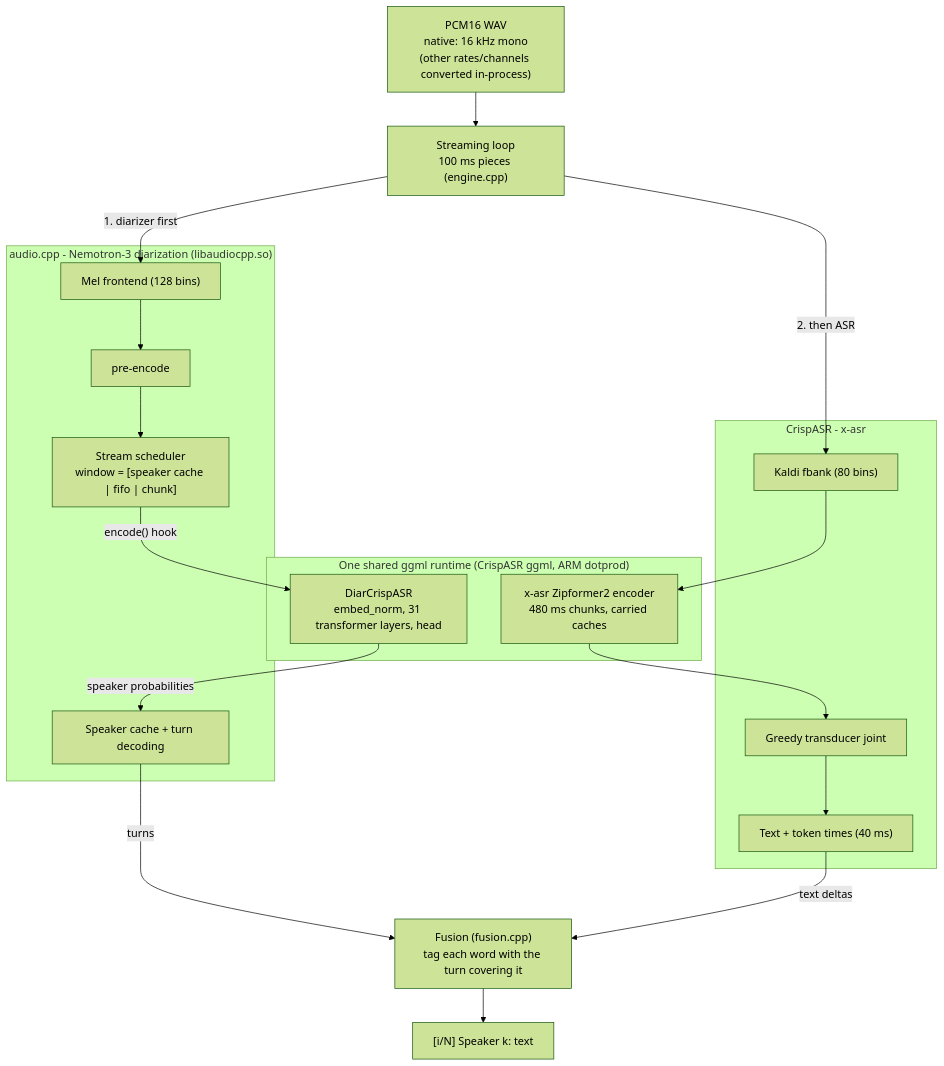
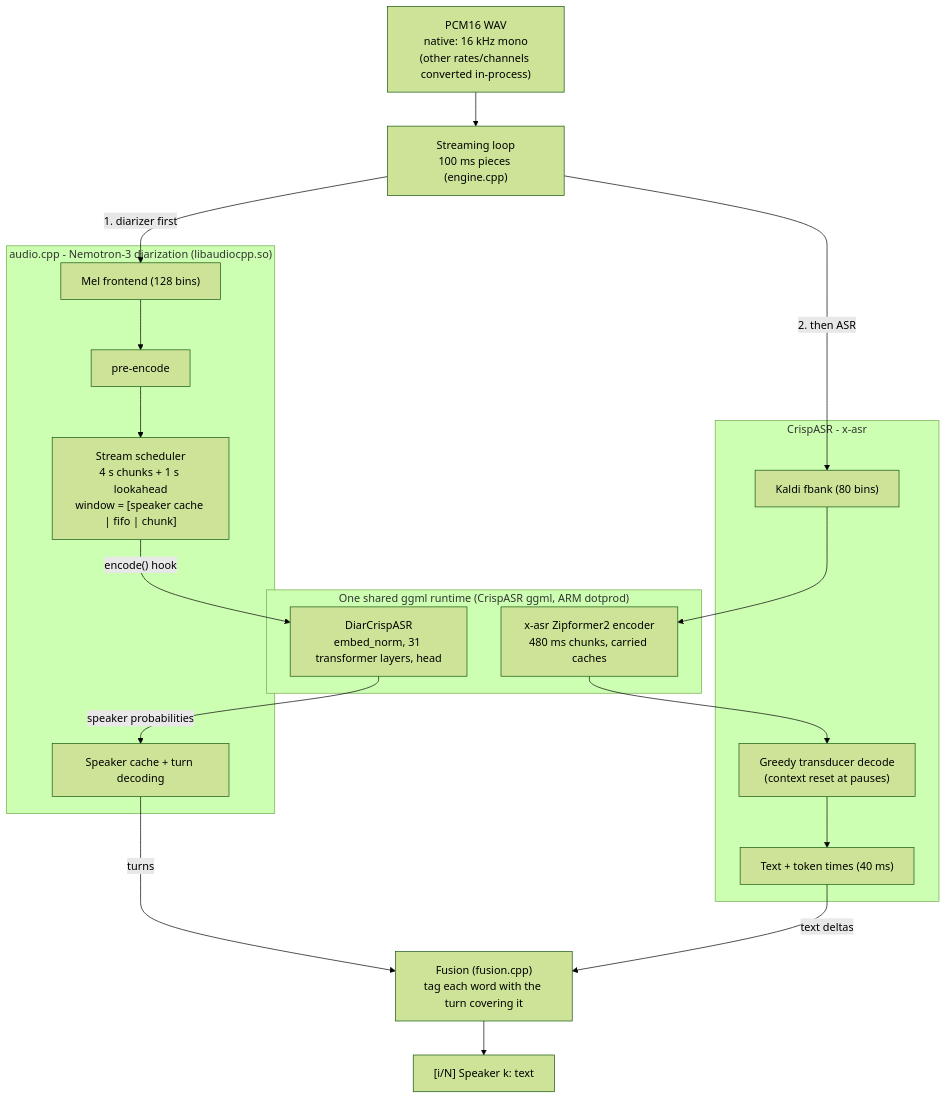
One commit to vieenrose/nemo-x-asr-diarizer.cpp changed the diagram in README.md. Above: the diagram before and after it, drawn with Mermaid (forest theme). The commit also changed other lines of this file, not shown here.

First line of the commit message:
README: refresh after the latency and ASR-reset changes

````diff
--- a/README.md
+++ b/README.md
@@ -14,29 +17,29 @@
 ```mermaid
 flowchart TB
     IN["PCM16 WAV<br/>native: 16 kHz mono<br/>(other rates/channels converted in-process)"] --> LOOP["Streaming loop<br/>100 ms pieces (engine.cpp)"]
 
     subgraph RT["One shared ggml runtime (CrispASR ggml, ARM dotprod)"]
         EXT["DiarCrispASR<br/>embed_norm, 31 transformer layers, head"]
         ENC["x-asr Zipformer2 encoder<br/>480 ms chunks, carried caches"]
     end
 
     LOOP -->|"1. diarizer first"| MEL
     LOOP -->|"2. then ASR"| FB
 
     subgraph AC["audio.cpp - Nemotron-3 diarization (libaudiocpp.so)"]
         MEL["Mel frontend (128 bins)"] --> PRE["pre-encode"]
-        PRE --> WIN["Stream scheduler<br/>window = [speaker cache | fifo | chunk]"]
+        PRE --> WIN["Stream scheduler<br/>4 s chunks + 1 s lookahead<br/>window = [speaker cache | fifo | chunk]"]
         WIN -->|"encode() hook"| EXT
         EXT -->|"speaker probabilities"| AOSC["Speaker cache + turn decoding"]
     end
 
     subgraph XA["CrispASR - x-asr"]
         FB["Kaldi fbank (80 bins)"] --> ENC
-        ENC --> JOIN["Greedy transducer joint"]
+        ENC --> JOIN["Greedy transducer decode<br/>(context reset at pauses)"]
         JOIN --> TXT["Text + token times (40 ms)"]
     end
 
     AOSC -->|"turns"| FUS
     TXT -->|"text deltas"| FUS
     FUS["Fusion (fusion.cpp)<br/>tag each word with the turn covering it"] --> OUT["[i/N] Speaker k: text"]
 ```
````
